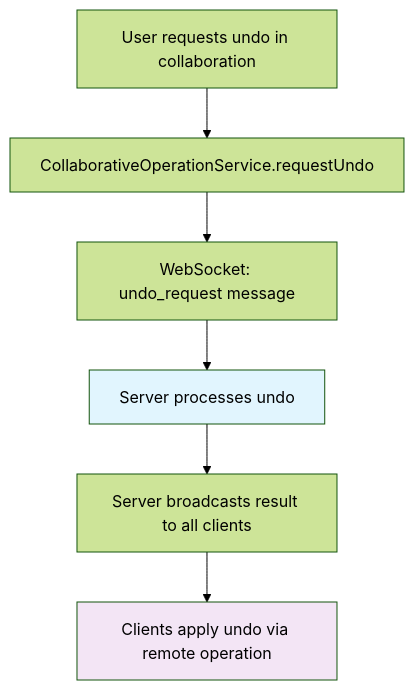
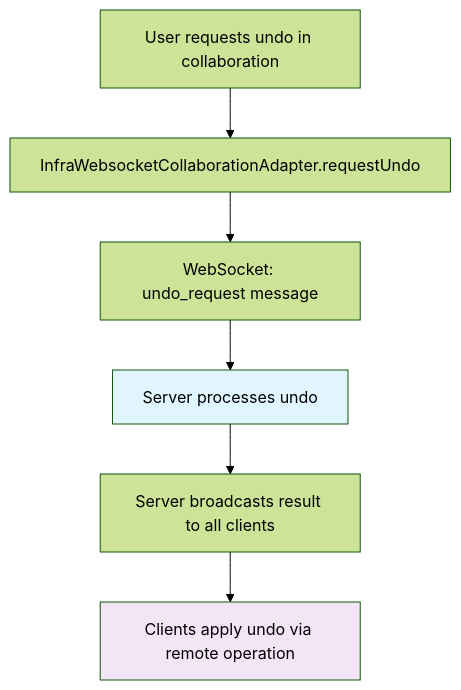
Diagram 11 of 15 in docs/migrated/reference/architecture/dfd-change-propagation/autosave-decision-tree.md (ericfitz/tmi-ux), drawn with Mermaid (forest theme) before and after one commit. The commit also changed other lines of this file and 1 other file, not shown here.

````diff
--- a/docs/migrated/reference/architecture/dfd-change-propagation/autosave-decision-tree.md
+++ b/docs/migrated/reference/architecture/dfd-change-propagation/autosave-decision-tree.md
@@ -258,11 +261,11 @@
 ```mermaid
 flowchart TD
-    A[User requests undo in collaboration] --> B[CollaborativeOperationService.requestUndo]
+    A[User requests undo in collaboration] --> B[InfraWebsocketCollaborationAdapter.requestUndo]
     B --> C[WebSocket: undo_request message]
     C --> D[Server processes undo]
     D --> E[Server broadcasts result to all clients]
     E --> F[Clients apply undo via remote operation]
 
     style D fill:#e1f5fe
     style F fill:#f3e5f5
 ```
````
